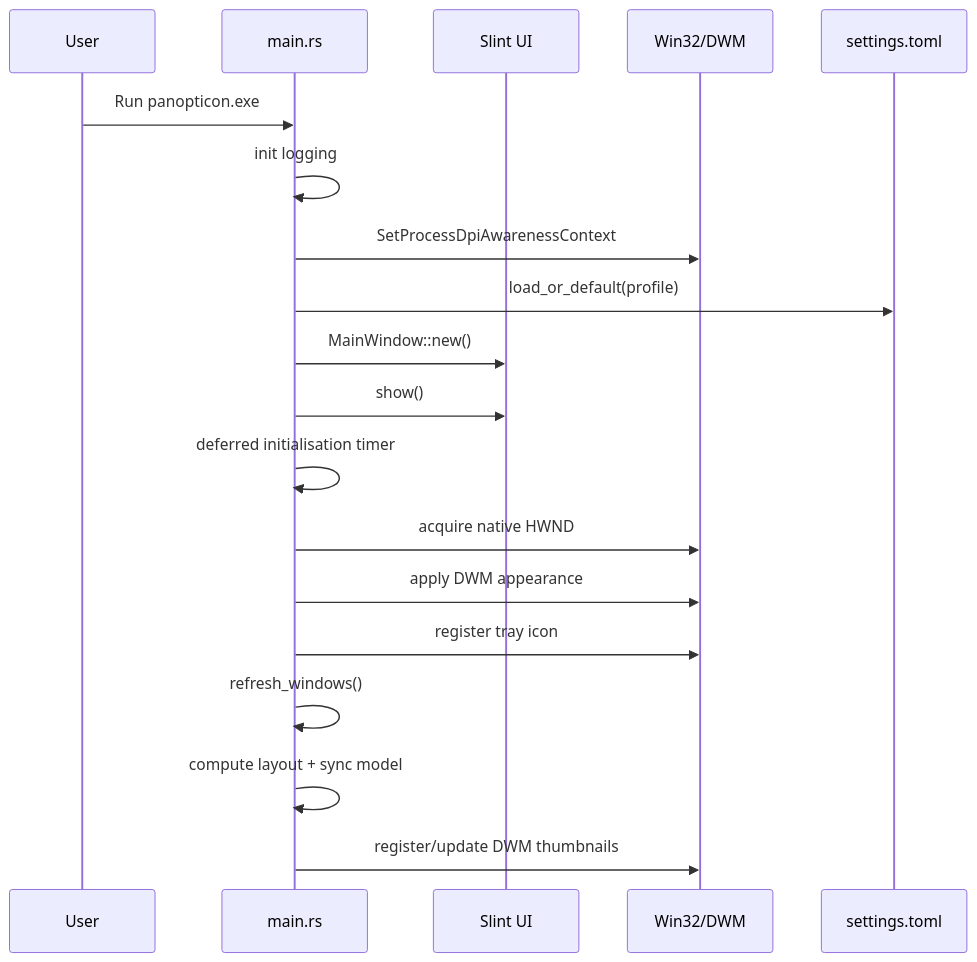
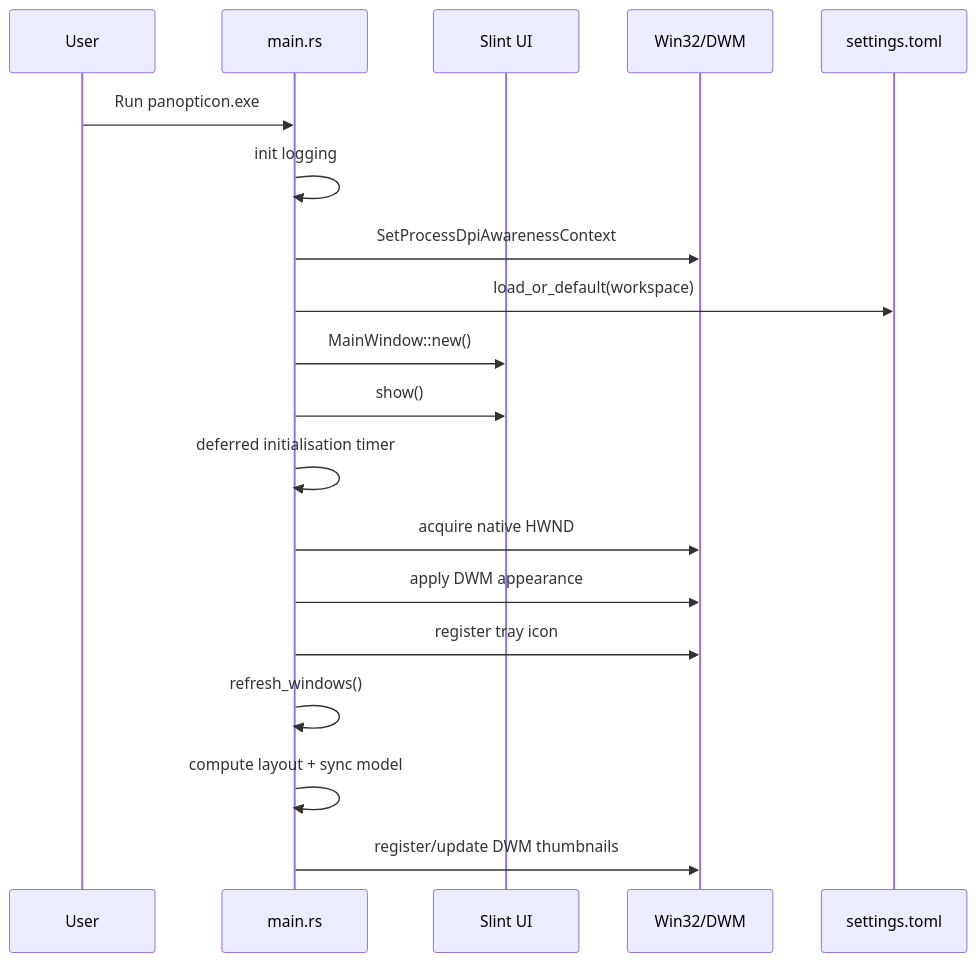
One commit to gvastethecreator/panopticon changed the second of 2 diagrams in docs/ARCHITECTURE.md. Above: the diagram before and after it, drawn with Mermaid. The commit also changed other lines of this file and 25 other files, not shown here.

First line of the commit message:
Refactor profile management to workspace management

````diff
--- a/docs/ARCHITECTURE.md
+++ b/docs/ARCHITECTURE.md
@@ -36,22 +36,22 @@
 ```mermaid
 sequenceDiagram
     participant User
     participant Main as main.rs
     participant Slint as Slint UI
     participant Win32 as Win32/DWM
     participant Settings as settings.toml
 
     User->>Main: Run panopticon.exe
     Main->>Main: init logging
     Main->>Win32: SetProcessDpiAwarenessContext
-    Main->>Settings: load_or_default(profile)
+    Main->>Settings: load_or_default(workspace)
     Main->>Slint: MainWindow::new()
     Main->>Slint: show()
     Main->>Main: deferred initialisation timer
     Main->>Win32: acquire native HWND
     Main->>Win32: apply DWM appearance
     Main->>Win32: register tray icon
     Main->>Main: refresh_windows()
     Main->>Main: compute layout + sync model
     Main->>Win32: register/update DWM thumbnails
 ```
````
